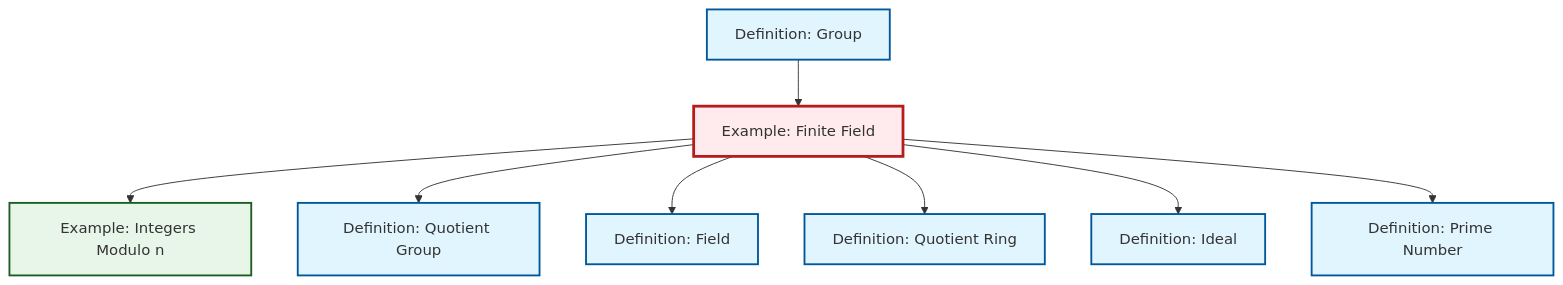
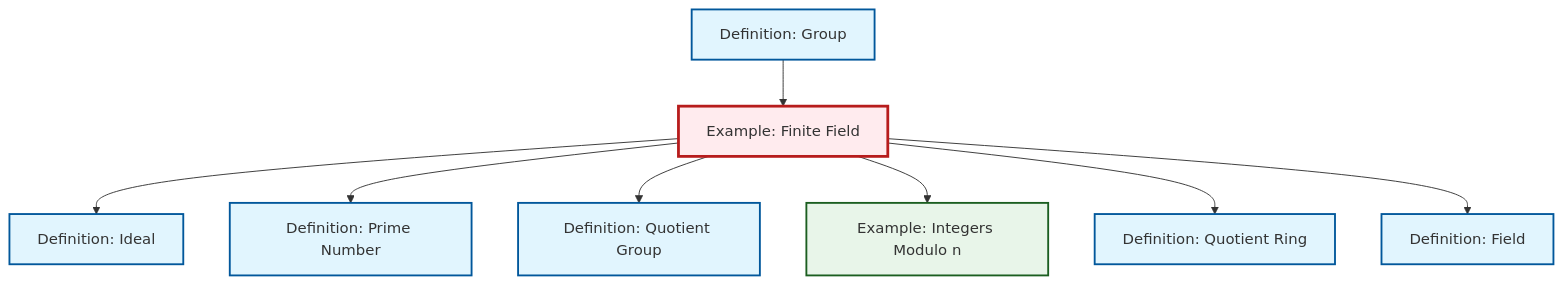
One commit to RK0429/ModernMath changed the diagram in content/en/algebra/ex-finite-field.qmd. Above: the diagram before and after it, drawn with Mermaid. The commit also changed other lines of this file and 328 other files, not shown here.

````diff
--- a/content/en/algebra/ex-finite-field.qmd
+++ b/content/en/algebra/ex-finite-field.qmd
@@ -66,32 +66,32 @@
 ```{mermaid}
 %%| fig-cap: "Local dependency graph"
 graph TD
     classDef definition fill:#e1f5fe,stroke:#01579b,stroke-width:2px
     classDef theorem fill:#f3e5f5,stroke:#4a148c,stroke-width:2px
     classDef axiom fill:#fff3e0,stroke:#e65100,stroke-width:2px
     classDef example fill:#e8f5e9,stroke:#1b5e20,stroke-width:2px
     classDef current fill:#ffebee,stroke:#b71c1c,stroke-width:3px
-    def-quotient-group["Definition: Quotient Group"]:::definition
+    def-field["Definition: Field"]:::definition
+    def-ideal["Definition: Ideal"]:::definition
     ex-quotient-integers-mod-n["Example: Integers Modulo n"]:::example
     def-quotient-ring["Definition: Quotient Ring"]:::definition
-    def-ideal["Definition: Ideal"]:::definition
+    def-group["Definition: Group"]:::definition
     def-prime["Definition: Prime Number"]:::definition
-    def-group["Definition: Group"]:::definition
-    def-field["Definition: Field"]:::definition
+    def-quotient-group["Definition: Quotient Group"]:::definition
     ex-finite-field["Example: Finite Field"]:::example
+    ex-finite-field --> def-ideal
+    def-group --> ex-finite-field
+    ex-finite-field --> def-prime
+    ex-finite-field --> def-quotient-group
     ex-finite-field --> ex-quotient-integers-mod-n
-    ex-finite-field --> def-quotient-group
-    def-group --> ex-finite-field
+    ex-finite-field --> def-quotient-ring
     ex-finite-field --> def-field
-    ex-finite-field --> def-quotient-ring
-    ex-finite-field --> def-ideal
-    ex-finite-field --> def-prime
     class ex-finite-field current
-    click def-quotient-group "def-quotient-group.html" "Go to Quotient Group definition"
+    click def-field "def-field.html" "Go to Field definition"
+    click def-ideal "def-ideal.html" "Go to Ideal definition"
     click ex-quotient-integers-mod-n "ex-quotient-integers-mod-n.html" "Go to Integers Modulo n example"
     click def-quotient-ring "def-quotient-ring.html" "Go to Quotient Ring definition"
-    click def-ideal "def-ideal.html" "Go to Ideal definition"
+    click def-group "def-group.html" "Go to Group definition"
     click def-prime "def-prime.html" "Go to Prime Number definition"
-    click def-group "def-group.html" "Go to Group definition"
-    click def-field "def-field.html" "Go to Field definition"
+    click def-quotient-group "def-quotient-group.html" "Go to Quotient Group definition"
 ```
````
